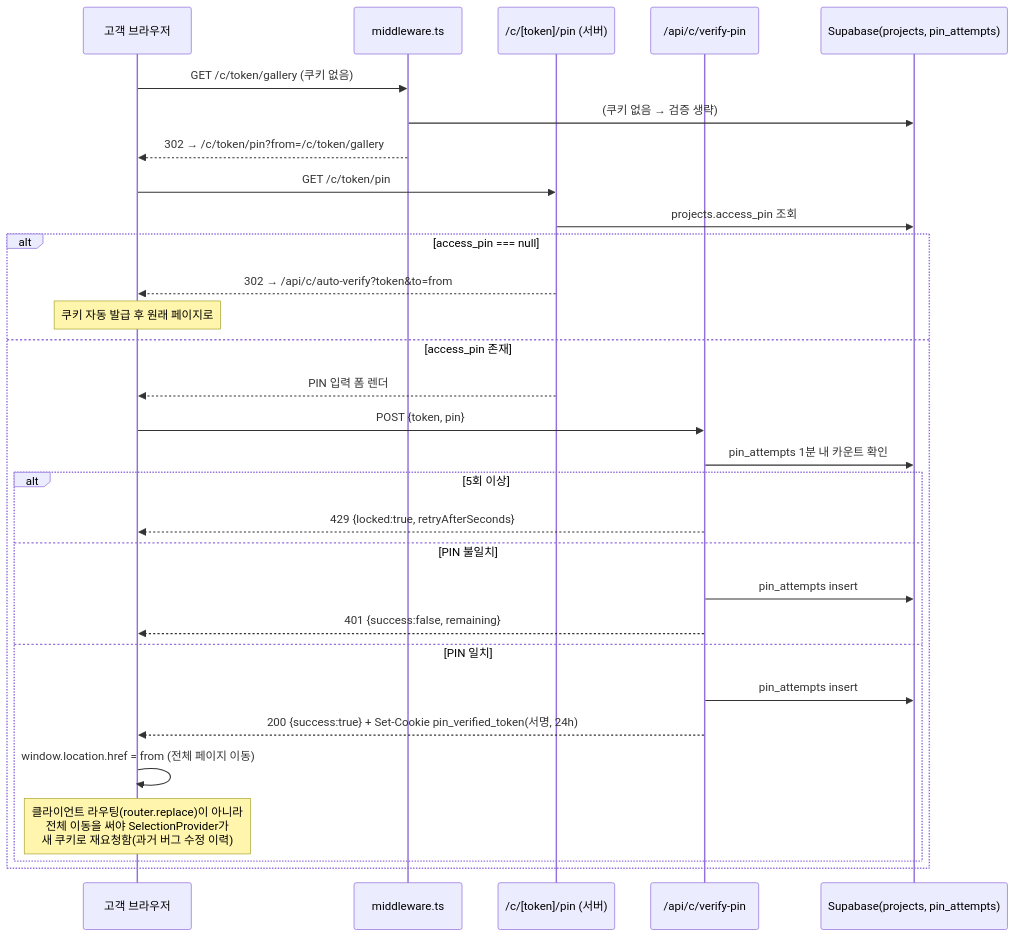
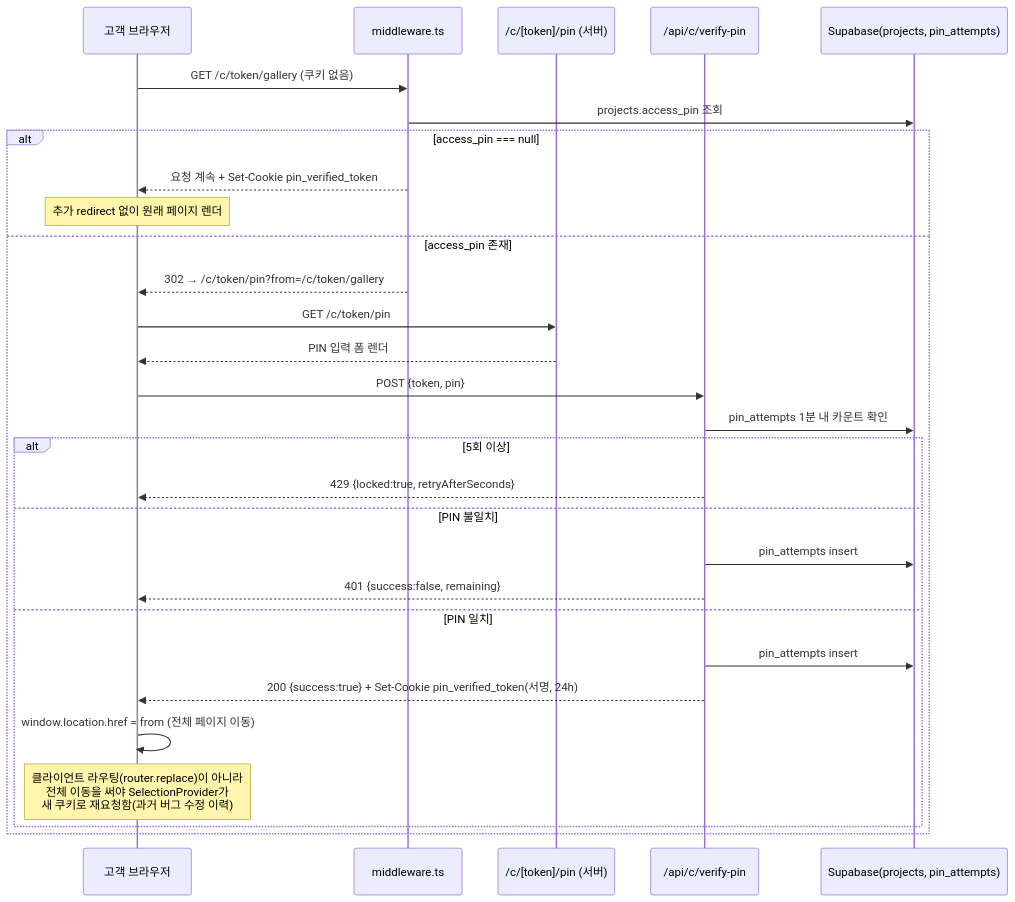
The second of 3 diagrams in docs/architecture.md (iamsonghee/photo-selection-fe), drawn with Mermaid before and after one commit. The commit also changed other lines of this file and 422 other files, not shown here.

First line of the commit message:
A-CUT 전면 재개편: 대시보드/랜딩/고객 갤러리 UI 및 업로드·보정 워크플로우 재구성

````diff
--- a/docs/architecture.md
+++ b/docs/architecture.md
@@ -522,33 +615,32 @@
 ```mermaid
 sequenceDiagram
     participant C as 고객 브라우저
     participant MW as middleware.ts
     participant Pin as /c/[token]/pin (서버)
     participant API as /api/c/verify-pin
     participant DB as Supabase(projects, pin_attempts)
 
     C->>MW: GET /c/token/gallery (쿠키 없음)
-    MW->>DB: (쿠키 없음 → 검증 생략)
-    MW-->>C: 302 → /c/token/pin?from=/c/token/gallery
-    C->>Pin: GET /c/token/pin
-    Pin->>DB: projects.access_pin 조회
+    MW->>DB: projects.access_pin 조회
     alt access_pin === null
-        Pin-->>C: 302 → /api/c/auto-verify?token&to=from
-        Note over C: 쿠키 자동 발급 후 원래 페이지로
+        MW-->>C: 요청 계속 + Set-Cookie pin_verified_token
+        Note over C: 추가 redirect 없이 원래 페이지 렌더
     else access_pin 존재
+        MW-->>C: 302 → /c/token/pin?from=/c/token/gallery
+        C->>Pin: GET /c/token/pin
         Pin-->>C: PIN 입력 폼 렌더
         C->>API: POST {token, pin}
         API->>DB: pin_attempts 1분 내 카운트 확인
         alt 5회 이상
             API-->>C: 429 {locked:true, retryAfterSeconds}
         else PIN 불일치
             API->>DB: pin_attempts insert
             API-->>C: 401 {success:false, remaining}
         else PIN 일치
             API->>DB: pin_attempts insert
             API-->>C: 200 {success:true} + Set-Cookie pin_verified_token(서명, 24h)
             C->>C: window.location.href = from (전체 페이지 이동)
             Note over C: 클라이언트 라우팅(router.replace)이 아니라<br/>전체 이동을 써야 SelectionProvider가<br/>새 쿠키로 재요청함(과거 버그 수정 이력)
         end
     end
 ```
````
